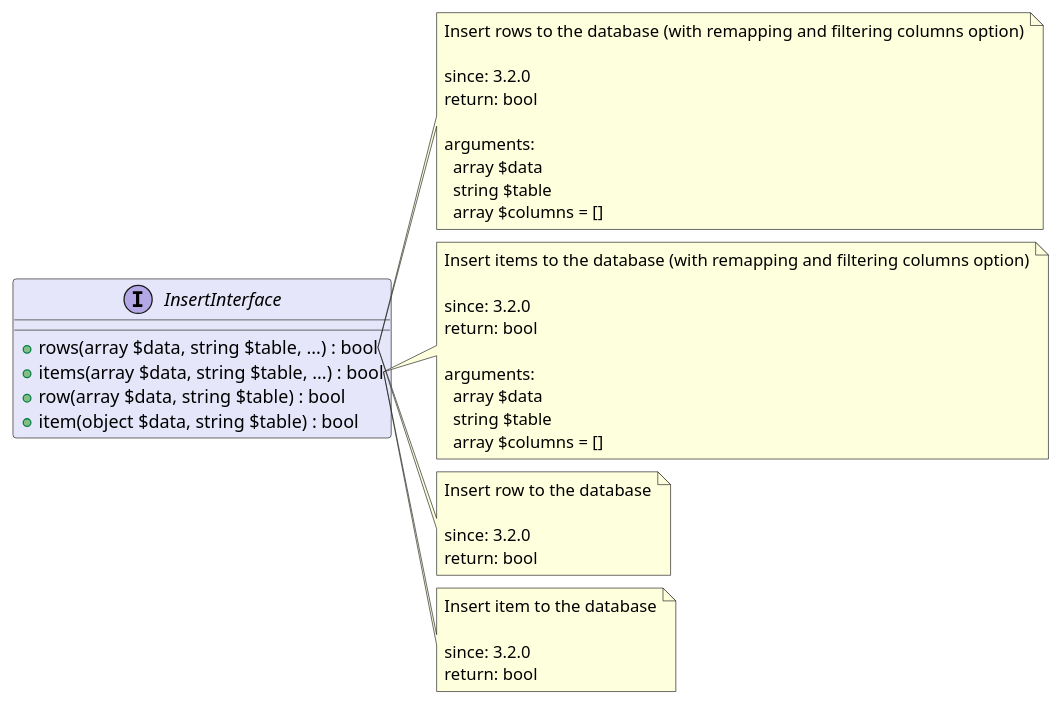
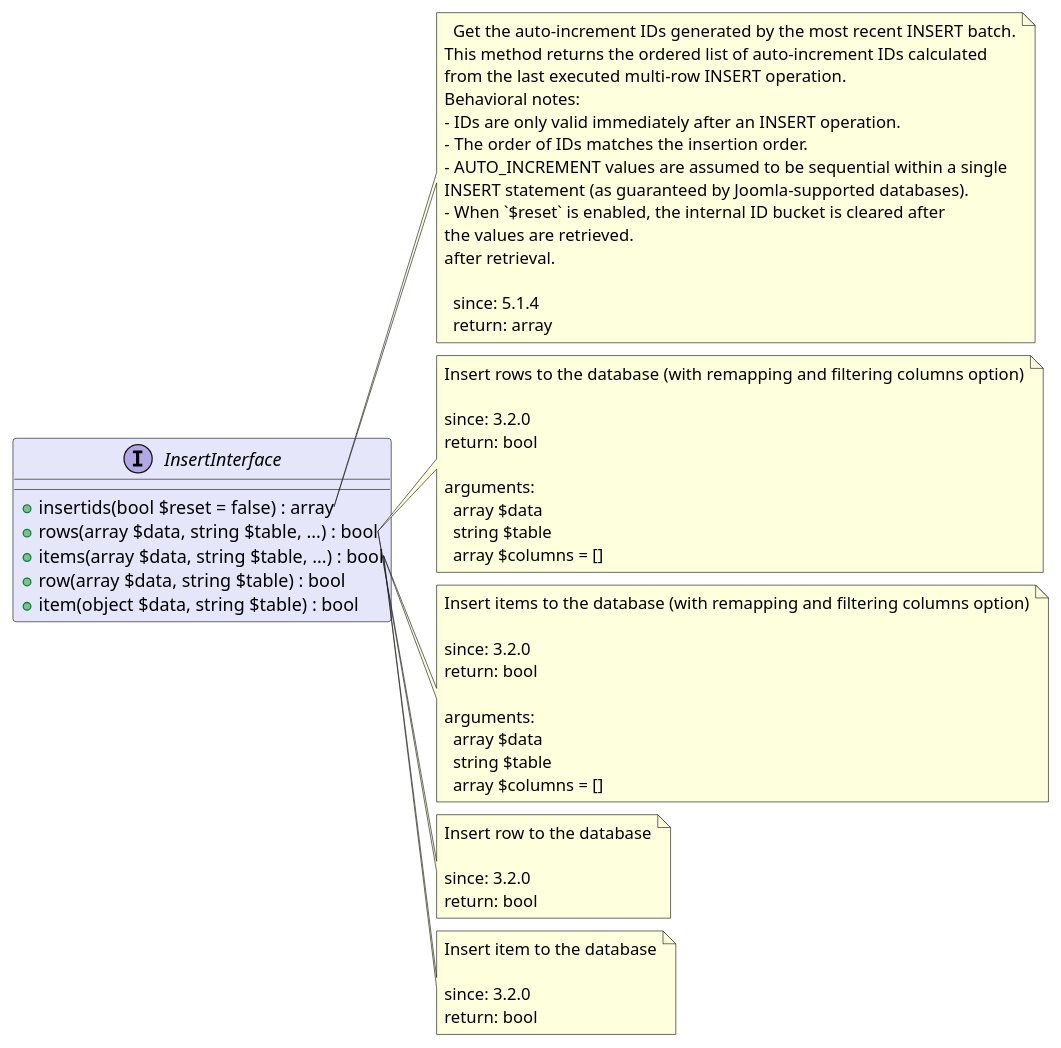
The diagram in src/ad12ca1c-d3ce-4e7f-88c5-c6c92bdedc48/README.md (joomengine/super-powers), drawn with PlantUML before and after one commit. The commit also changed 115 other files, not shown here.

````diff
--- a/src/ad12ca1c-d3ce-4e7f-88c5-c6c92bdedc48/README.md
+++ b/src/ad12ca1c-d3ce-4e7f-88c5-c6c92bdedc48/README.md
@@ -6,50 +6,68 @@
 ```uml
 @startuml
 
 interface InsertInterface  #Lavender {
+  + insertids(bool $reset = false) : array
   + rows(array $data, string $table, ...) : bool
   + items(array $data, string $table, ...) : bool
   + row(array $data, string $table) : bool
   + item(object $data, string $table) : bool
 }
+
+note right of InsertInterface::insertids
+  Get the auto-increment IDs generated by the most recent INSERT batch.
+This method returns the ordered list of auto-increment IDs calculated
+from the last executed multi-row INSERT operation.
+Behavioral notes:
+- IDs are only valid immediately after an INSERT operation.
+- The order of IDs matches the insertion order.
+- AUTO_INCREMENT values are assumed to be sequential within a single
+INSERT statement (as guaranteed by Joomla-supported databases).
+- When `$reset` is enabled, the internal ID bucket is cleared after
+the values are retrieved.
+after retrieval.
+
+  since: 5.1.4
+  return: array
+end note
 
 note right of InsertInterface::rows
   Insert rows to the database (with remapping and filtering columns option)
 
   since: 3.2.0
   return: bool
   
   arguments:
     array $data
     string $table
     array $columns = []
 end note
 
 note right of InsertInterface::items
   Insert items to the database (with remapping and filtering columns option)
 
   since: 3.2.0
   return: bool
   
   arguments:
     array $data
     string $table
     array $columns = []
 end note
 
 note right of InsertInterface::row
   Insert row to the database
 
   since: 3.2.0
   return: bool
 end note
 
 note right of InsertInterface::item
   Insert item to the database
 
   since: 3.2.0
   return: bool
 end note
 
 @enduml
 ```
````
